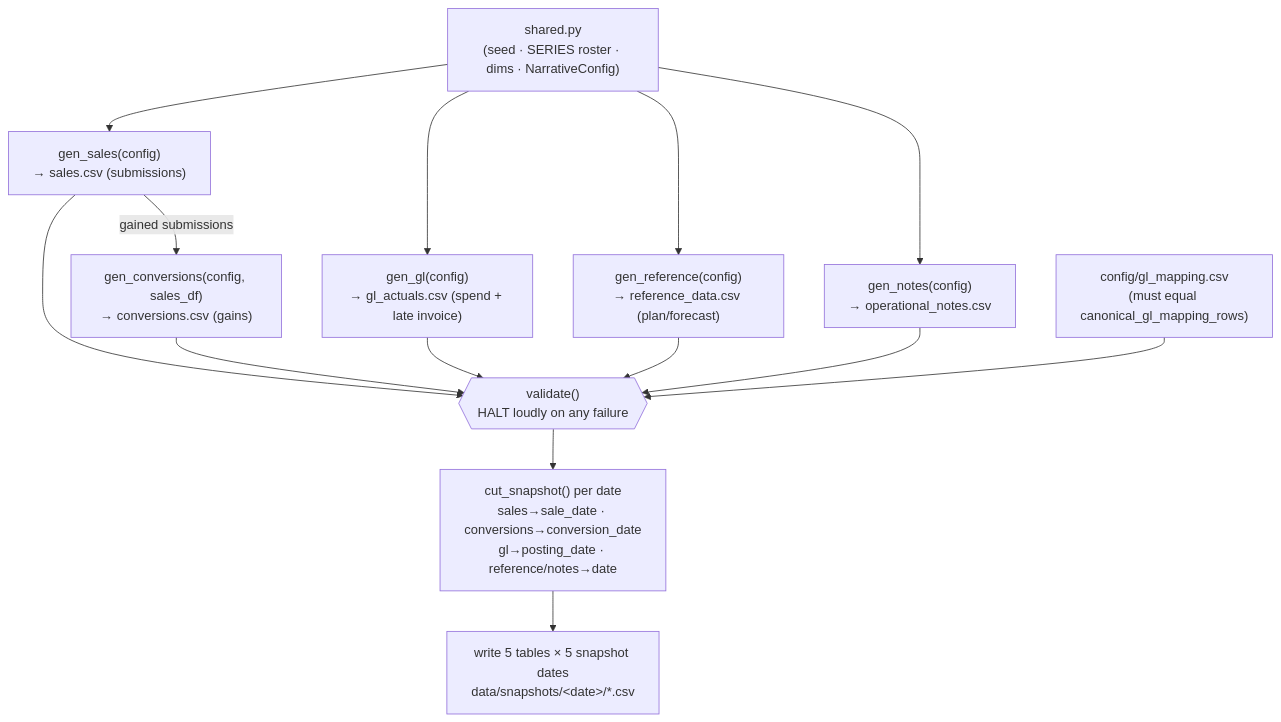
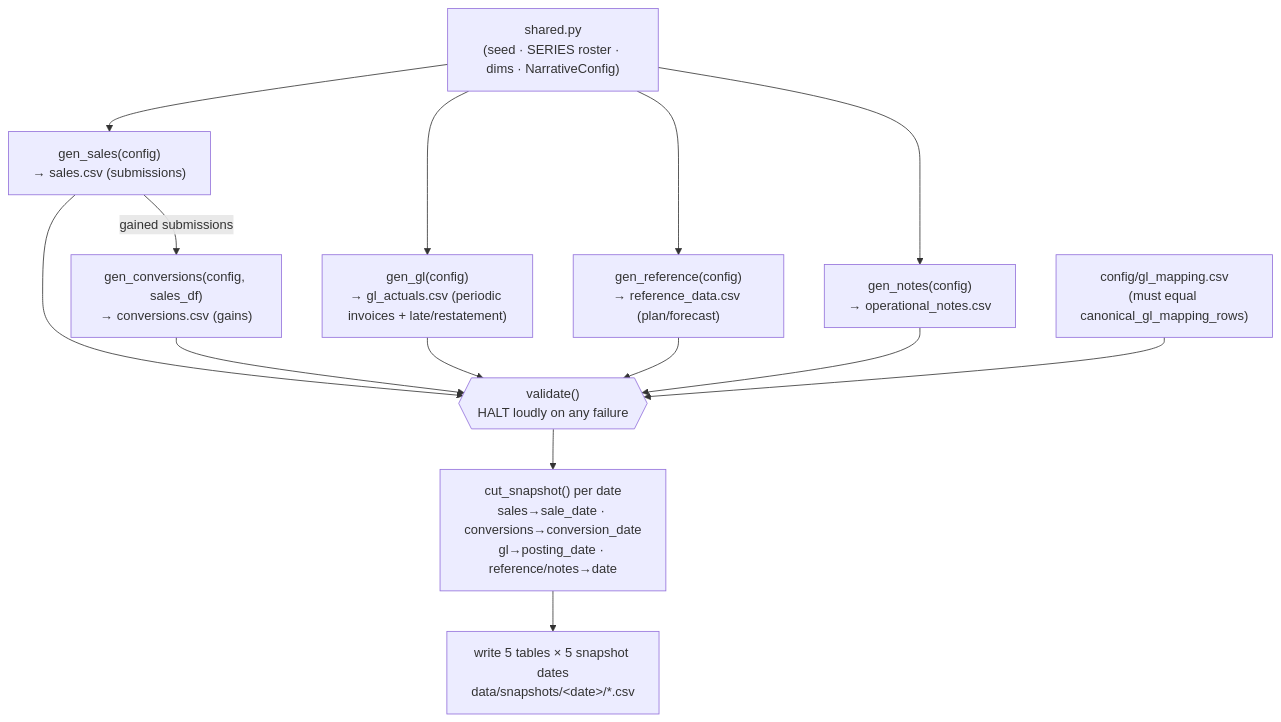
One commit to Interstellar1776/athena changed the diagram in docs/data_dictionary.md. Above: the diagram before and after it, drawn with Mermaid. The commit also changed other lines of this file and 31 other files, not shown here.

````diff
--- a/docs/data_dictionary.md
+++ b/docs/data_dictionary.md
@@ -204,22 +233,22 @@
 ```mermaid
 flowchart TD
     shared["shared.py<br/>(seed · SERIES roster · dims · NarrativeConfig)"]
     glmap["config/gl_mapping.csv<br/>(must equal canonical_gl_mapping_rows)"]
 
     shared --> gsales["gen_sales(config)<br/>→ sales.csv (submissions)"]
-    shared --> ggl["gen_gl(config)<br/>→ gl_actuals.csv (spend + late invoice)"]
+    shared --> ggl["gen_gl(config)<br/>→ gl_actuals.csv (periodic invoices + late/restatement)"]
     shared --> gref["gen_reference(config)<br/>→ reference_data.csv (plan/forecast)"]
     shared --> gnotes["gen_notes(config)<br/>→ operational_notes.csv"]
 
     gsales -- "gained submissions" --> gconv["gen_conversions(config, sales_df)<br/>→ conversions.csv (gains)"]
 
     gsales --> validate{{"validate()<br/>HALT loudly on any failure"}}
     gconv --> validate
     ggl --> validate
     gref --> validate
     gnotes --> validate
     glmap --> validate
 
     validate --> cut["cut_snapshot() per date<br/>sales→sale_date · conversions→conversion_date<br/>gl→posting_date · reference/notes→date"]
     cut --> write["write 5 tables × 5 snapshot dates<br/>data/snapshots/&lt;date&gt;/*.csv"]
 ```
````
